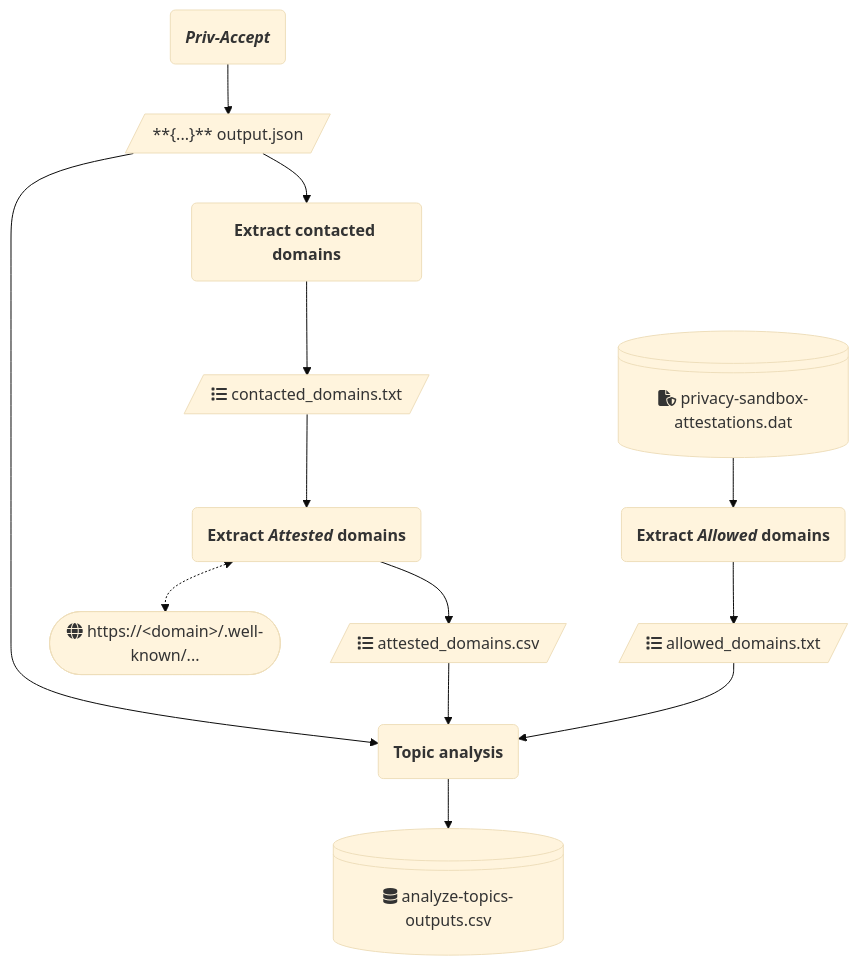
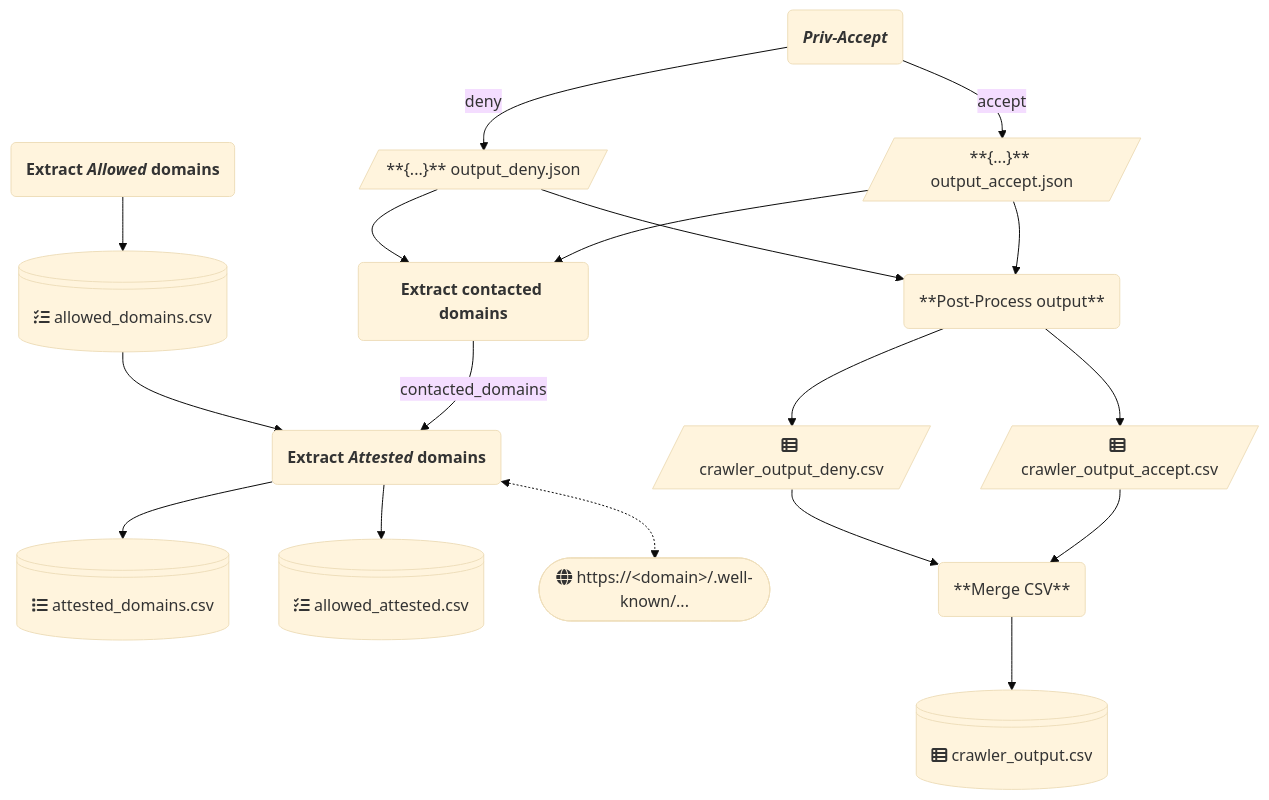
One commit to Novant8/priv-accept-topics changed the diagram in README.md. Above: the diagram before and after it, drawn with Mermaid (base theme). The commit also changed other lines of this file and 3 other files, not shown here.

````diff
--- a/README.md
+++ b/README.md
@@ -21,21 +24,33 @@
 ```mermaid
 flowchart TD
-    PrivAccept("<b><i>Priv-Accept</i></b>") --> PAOutput["**{...}** output.json"]
-    PAOutput --> ExtractDomains("<b>Extract contacted domains</b>") & AnalyzeTopics("<b>Topic analysis</b>")
-    ExtractDomains --> EDOutput["fa:fa-list contacted_domains.txt"]
-    EDOutput --> AttestDomains("<b>Extract <i>Attested</i> domains</b>")
+    PrivAccept("<b><i>Priv-Accept</i></b>") -- accept --> PAOutputAccept["**{...}** output_accept.json"]
+    PrivAccept -- deny --> PAOutputDeny["**{...}** output_deny.json"]
+    
+    PAOutputAccept --> ExtractDomains("<b>Extract contacted domains</b>")
+    PAOutputDeny --> ExtractDomains
+    
+    ExtractDomains -- contacted_domains --> AttestDomains("<b>Extract <i>Attested</i> domains</b>")
     AttestDomains --> ADOutput["fa:fa-list attested_domains.csv"]
-    ADOutput --> AnalyzeTopics
-    AnalyzeTopics --> ATOutput["fa:fa-database analyze-topics-outputs.csv"]
+    AttestDomains --> AAOutput["fa:fa-list-check allowed_attested.csv"]
+    
     AttestDomains <-.-> WellKnown(["fa:fa-globe https://&lt;domain&gt;/.well-known/..."])
-    LocalAttestations["fa:fa-file-shield privacy-sandbox-attestations.dat"] --> ExtractAllowed("<b>Extract <i>Allowed</i> domains</b>")
-    ExtractAllowed --> AllowedDomains["fa:fa-list allowed_domains.txt"]
-    AllowedDomains --> AnalyzeTopics
+    
+    ExtractAllowed("<b>Extract <i>Allowed</i> domains</b>") --> AllowedDomains["fa:fa-list-check allowed_domains.csv"] --> AttestDomains
 
-    PAOutput@{ shape: lean-r}
-    EDOutput@{ shape: lean-r}
-    ADOutput@{ shape: lean-r}
-    ATOutput@{ shape: disk}
-    LocalAttestations@{ shape: disk}
-    AllowedDomains@{ shape: lean-r}
+    PAOutputAccept --> PostProcess("**Post-Process output**")
+    PAOutputDeny --> PostProcess
+    
+    PostProcess --> PPOutputAccept["fa:fa-table-list crawler_output_accept.csv"]
+    PostProcess --> PPOutputDeny["fa:fa-table-list crawler_output_deny.csv"]
+    PPOutputAccept --> MergeCSV("**Merge CSV**")
+    PPOutputDeny --> MergeCSV --> CrawlerOutput("fa:fa-table-list crawler_output.csv")
+
+    PAOutputAccept@{shape: lean-r}
+    PAOutputDeny@{shape: lean-r}
+    ADOutput@{shape: disk}
+    AAOutput@{shape: disk}
+    PPOutputAccept@{shape: lean-r}
+    PPOutputDeny@{shape: lean-r}
+    AllowedDomains@{shape: disk}
+    CrawlerOutput@{shape: disk}
 ```
````
